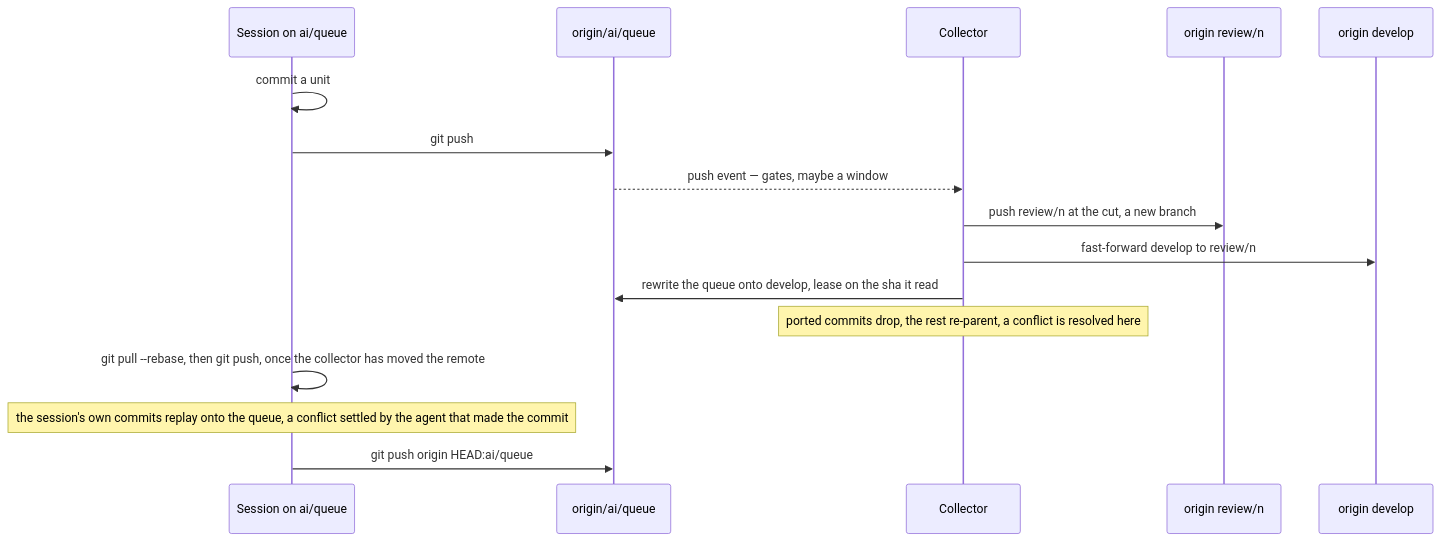
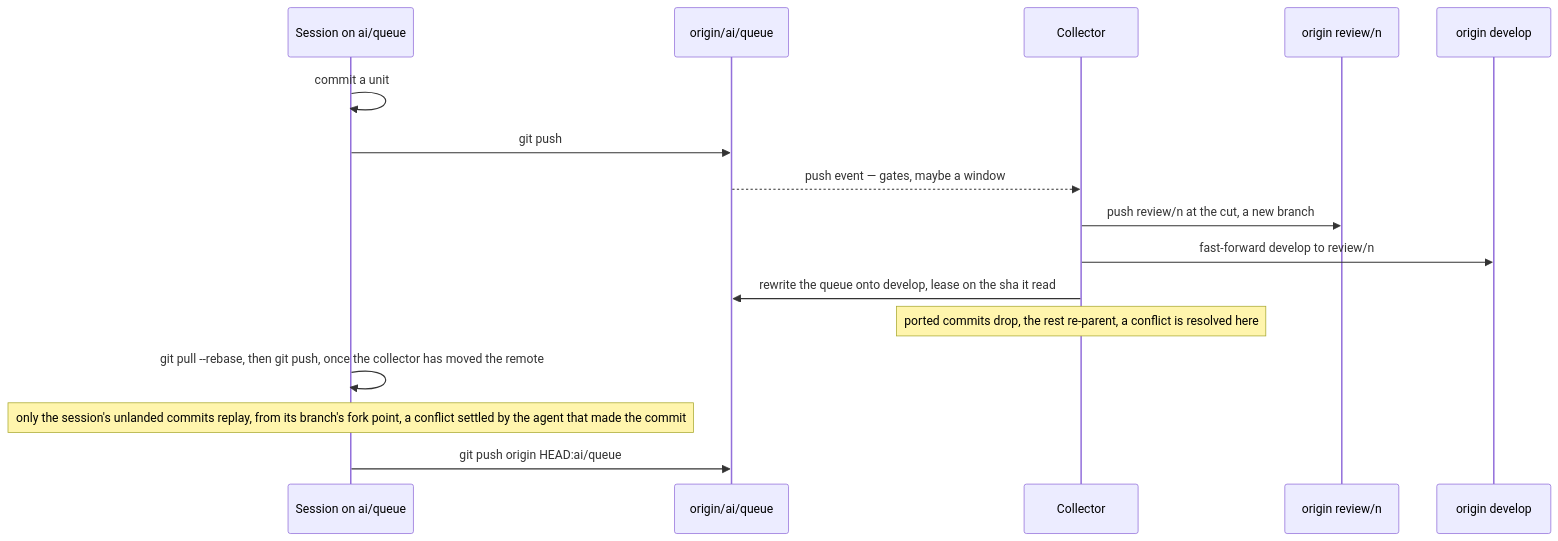
The diagram in apps/web/content/docs/infra/review-collector/two-writers.md (Esposter/Esposter), drawn with Mermaid before and after one commit. The commit also changed other lines of this file and 12 other files, not shown here.

````diff
--- a/apps/web/content/docs/infra/review-collector/two-writers.md
+++ b/apps/web/content/docs/infra/review-collector/two-writers.md
@@ -23,18 +23,18 @@
 ```mermaid
 sequenceDiagram
   participant S as Session on ai/queue
   participant Q as origin/ai/queue
   participant C as Collector
   participant W as origin review/n
   participant D as origin develop
   S->>S: commit a unit
   S->>Q: git push
   Q-->>C: push event — gates, maybe a window
   C->>W: push review/n at the cut, a new branch
   C->>D: fast-forward develop to review/n
   C->>Q: rewrite the queue onto develop, lease on the sha it read
   Note over C: ported commits drop, the rest re-parent, a conflict is resolved here
   S->>S: git pull --rebase, then git push, once the collector has moved the remote
-  Note over S: the session's own commits replay onto the queue, a conflict settled by the agent that made the commit
+  Note over S: only the session's unlanded commits replay, from its branch's fork point, a conflict settled by the agent that made the commit
   S->>Q: git push origin HEAD:ai/queue
 ```
````
